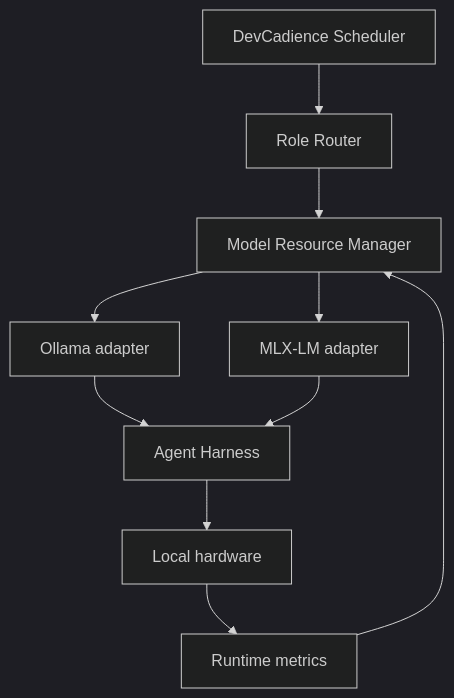
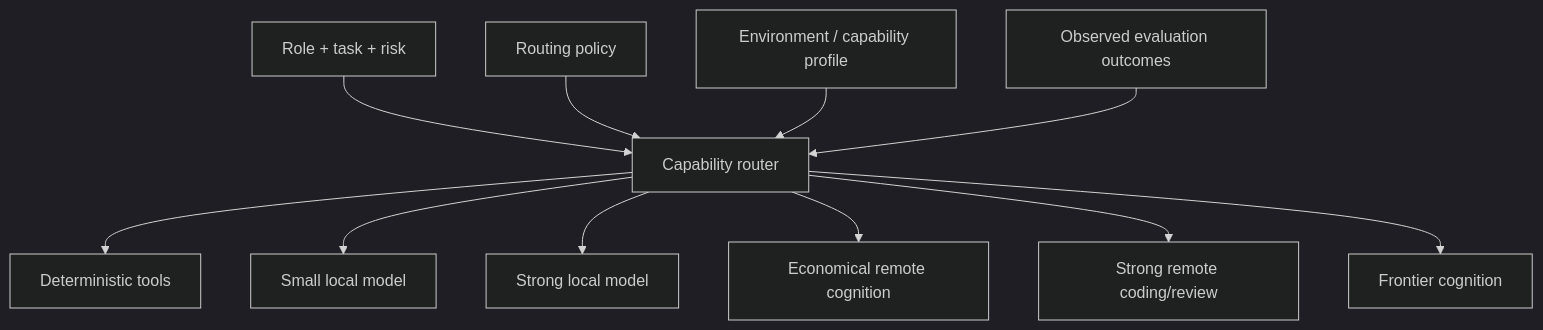
The first of 2 diagrams in docs/MODEL_RUNTIME.md (olostan/DevCadence), drawn with Mermaid (dark theme) before and after one commit. The commit also changed other lines of this file, not shown here.

Commit message:
docs: generalize model runtime into capability-routed cognition

````diff
--- a/docs/MODEL_RUNTIME.md
+++ b/docs/MODEL_RUNTIME.md
@@ -9,21 +22,27 @@
 ```mermaid
 flowchart TB
-    Scheduler["DevCadience Scheduler"]
-    RM["Model Resource Manager"]
-    Role["Role Router"]
-    Ollama["Ollama adapter"]
-    MLX["MLX-LM adapter"]
-    Harness["Agent Harness"]
-    HW["Local hardware"]
-    Metrics["Runtime metrics"]
+    Task["Role + task + risk"]
+    Policy["Routing policy"]
+    Env["Environment / capability profile"]
+    History["Observed evaluation outcomes"]
+    Router["Capability router"]
 
-    Scheduler --> Role
-    Role --> RM
-    RM --> Ollama
-    RM --> MLX
-    Ollama --> Harness
-    MLX --> Harness
-    Harness --> HW
-    HW --> Metrics
-    Metrics --> RM
+    Deterministic["Deterministic tools"]
+    LocalSmall["Small local model"]
+    LocalStrong["Strong local model"]
+    RemoteEconomy["Economical remote cognition"]
+    RemoteStrong["Strong remote coding/review"]
+    Frontier["Frontier cognition"]
+
+    Task --> Router
+    Policy --> Router
+    Env --> Router
+    History --> Router
+
+    Router --> Deterministic
+    Router --> LocalSmall
+    Router --> LocalStrong
+    Router --> RemoteEconomy
+    Router --> RemoteStrong
+    Router --> Frontier
 ```
````
